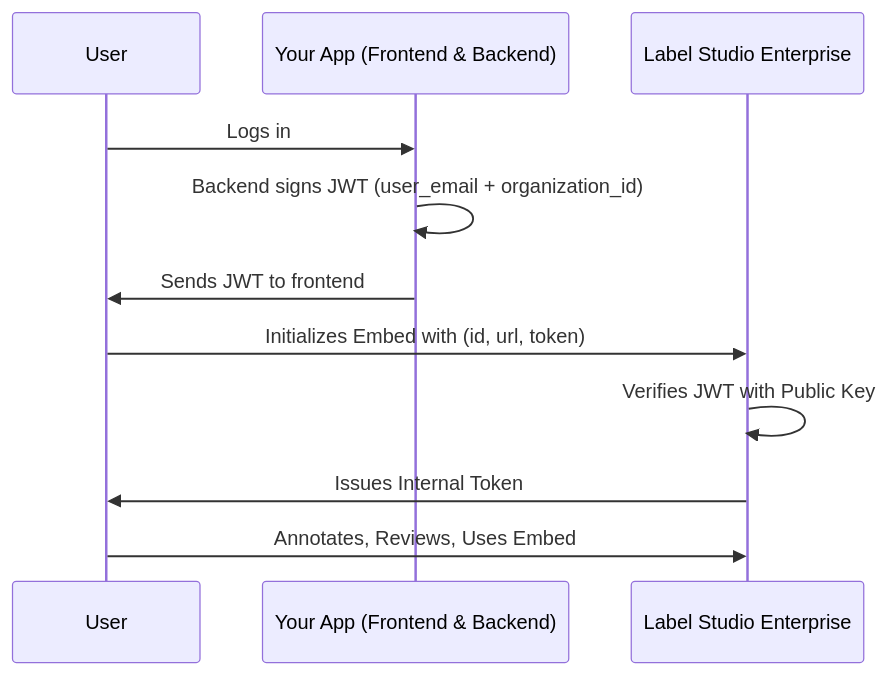
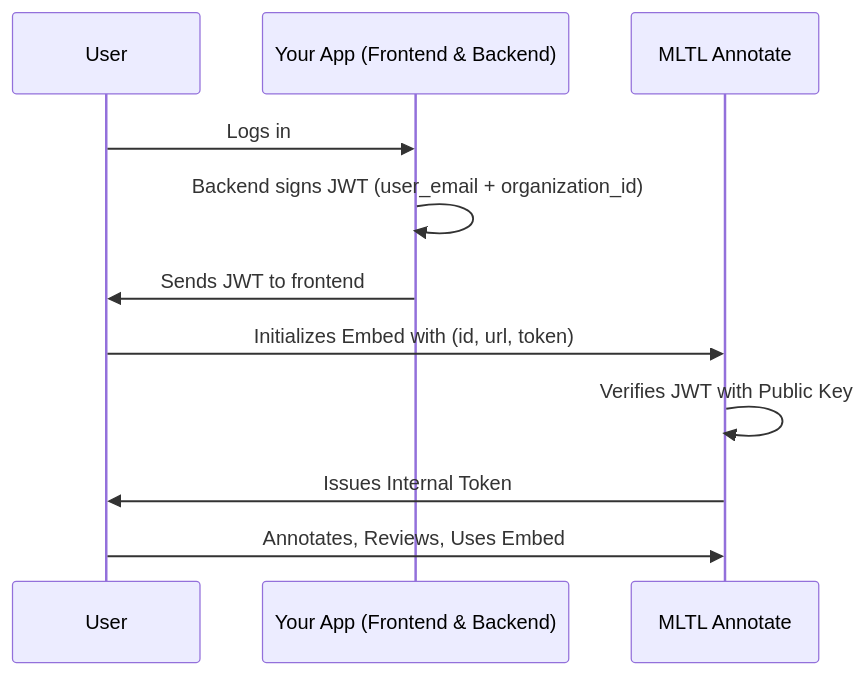
Before and after one commit to yuvraj99776600/label-studio: the diagram in docs/source/guide/embed.md, drawn with Mermaid. The commit also changed other lines of this file and 632 other files, not shown here.

First line of the commit message:
brand: Deep white-label — remove all remaining Label Studio/HumanSignal/Heartex traces

````diff
--- a/docs/source/guide/embed.md
+++ b/docs/source/guide/embed.md
@@ -43,14 +43,14 @@
 ```mermaid
 sequenceDiagram
     participant User
     participant YourApp as Your App (Frontend & Backend)
-    participant LSE as Label Studio Enterprise
+    participant LSE as MLTL Annotate
 
     User->>YourApp: Logs in
     YourApp->>YourApp: Backend signs JWT (user_email + organization_id)
     YourApp->>User: Sends JWT to frontend
     User->>LSE: Initializes Embed with (id, url, token)
     LSE->>LSE: Verifies JWT with Public Key
     LSE->>User: Issues Internal Token
     User->>LSE: Annotates, Reviews, Uses Embed
 ```
````
